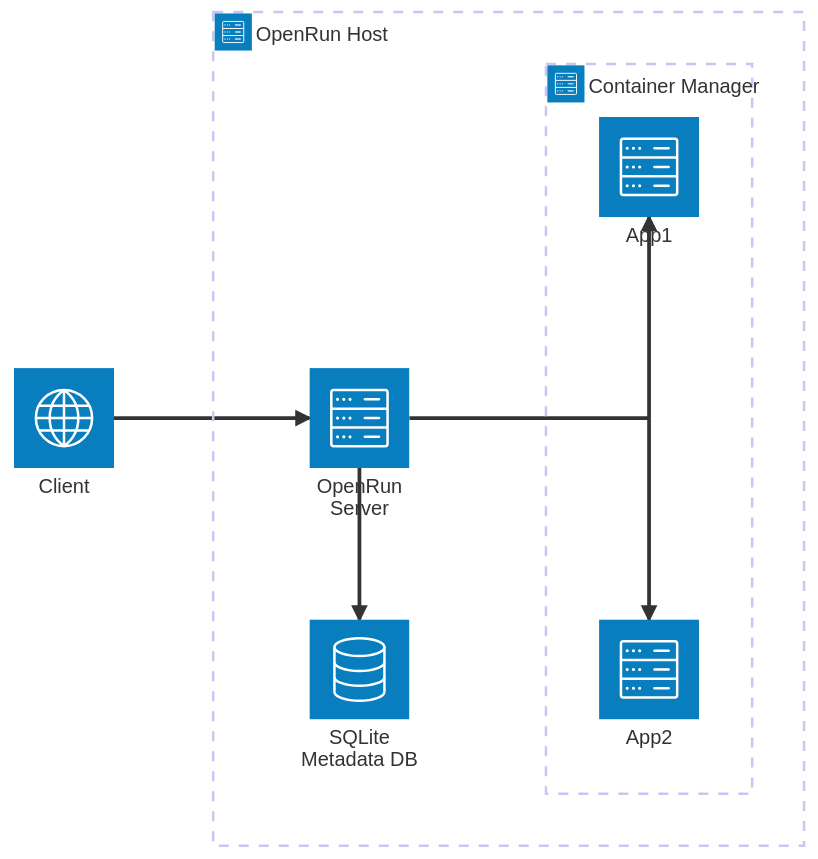
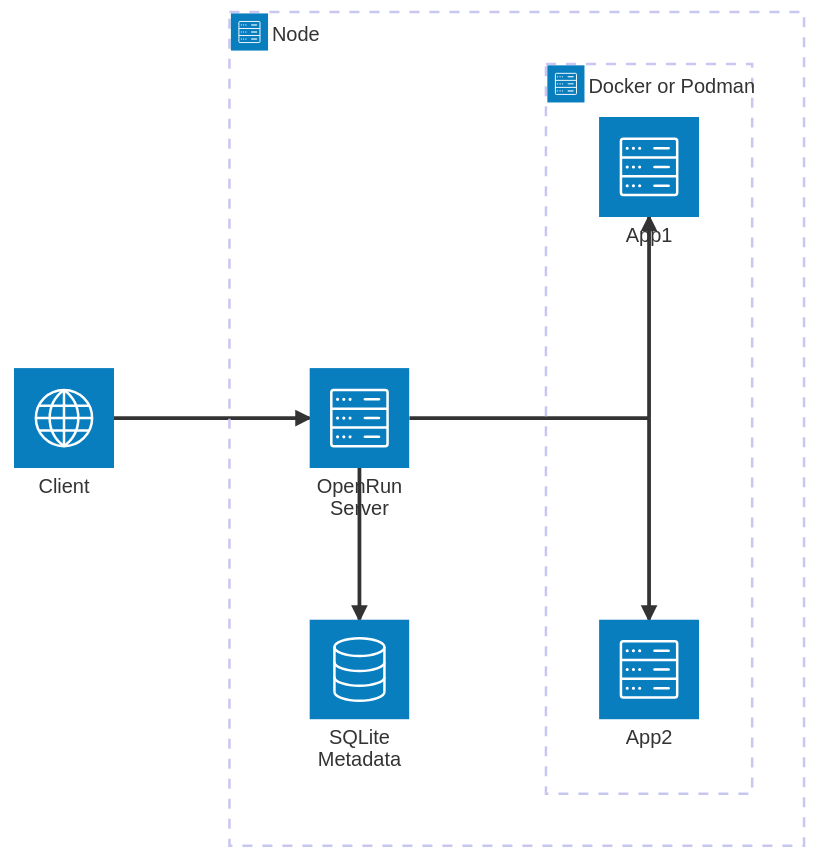
Before and after one commit to openrundev/openrun: the first of 2 diagrams in README.md, drawn with Mermaid. The commit also changed other lines of this file, not shown here.

Commit message:
Update arch diagrams

````diff
--- a/README.md
+++ b/README.md
@@ -105,19 +105,19 @@
 ```mermaid
 architecture-beta
     service client(internet)[Client]
 
-    group host(server)[OpenRun Host]
+    group host(server)[Node]
     service openrun(server)[OpenRun Server] in host
-    service sqlite(database)[SQLite Metadata DB] in host
+    service sqlite(database)[SQLite Metadata] in host
 
-    group cm(server)[Container Manager] in host
+    group cm(server)[Docker or Podman] in host
     junction split in cm
     service app1(server)[App1] in cm
     service app2(server)[App2] in cm
 
     client:R --> L:openrun
     openrun:B --> T:sqlite
     openrun:R -- L:split
     split:T --> B:app1
     split:B --> T:app2
 ```
````
